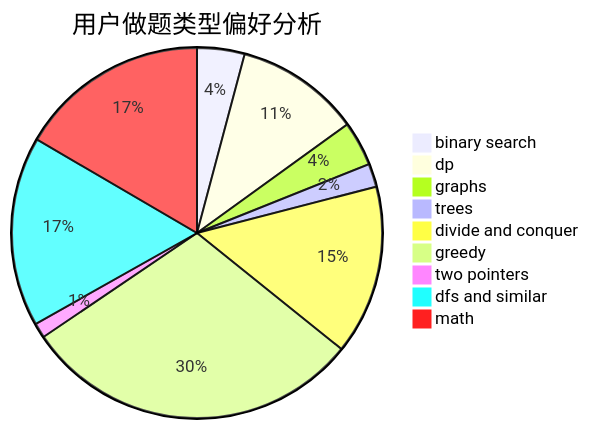
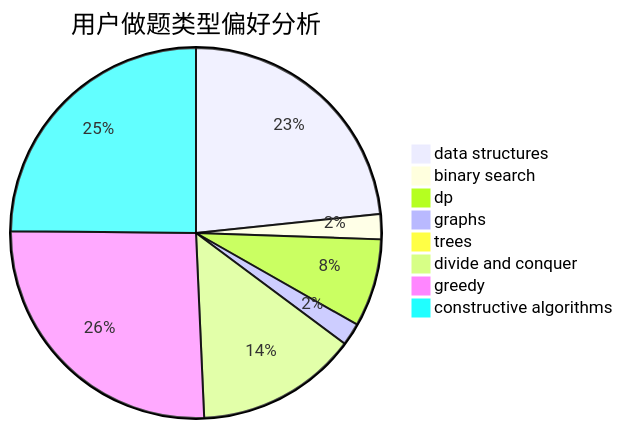
One commit to sherpahu/cfrs.github.io changed the second of 3 diagrams in docs/user/u27.md. Above: the diagram before and after it, drawn with Mermaid. The commit also changed other lines of this file and 2775 other files, not shown here.

````diff
--- a/docs/user/u27.md
+++ b/docs/user/u27.md
@@ -23,12 +23,11 @@
 ```mermaid
 pie title 用户做题类型偏好分析
-    "binary search" :  51
-    "dp" :  134
-    "graphs" :  48
-    "trees" :  25
-    "divide and conquer" :  182
-    "greedy" :  366
-    "two pointers" :  16
-    "dfs and similar" :  204
-    "math" :  204
+    "data structures" :  298
+    "binary search" :  28
+    "dp" :  98
+    "graphs" :  25
+    "trees" :  11
+    "divide and conquer" :  180
+    "greedy" :  330
+    "constructive algorithms" :  317
 ```
````
